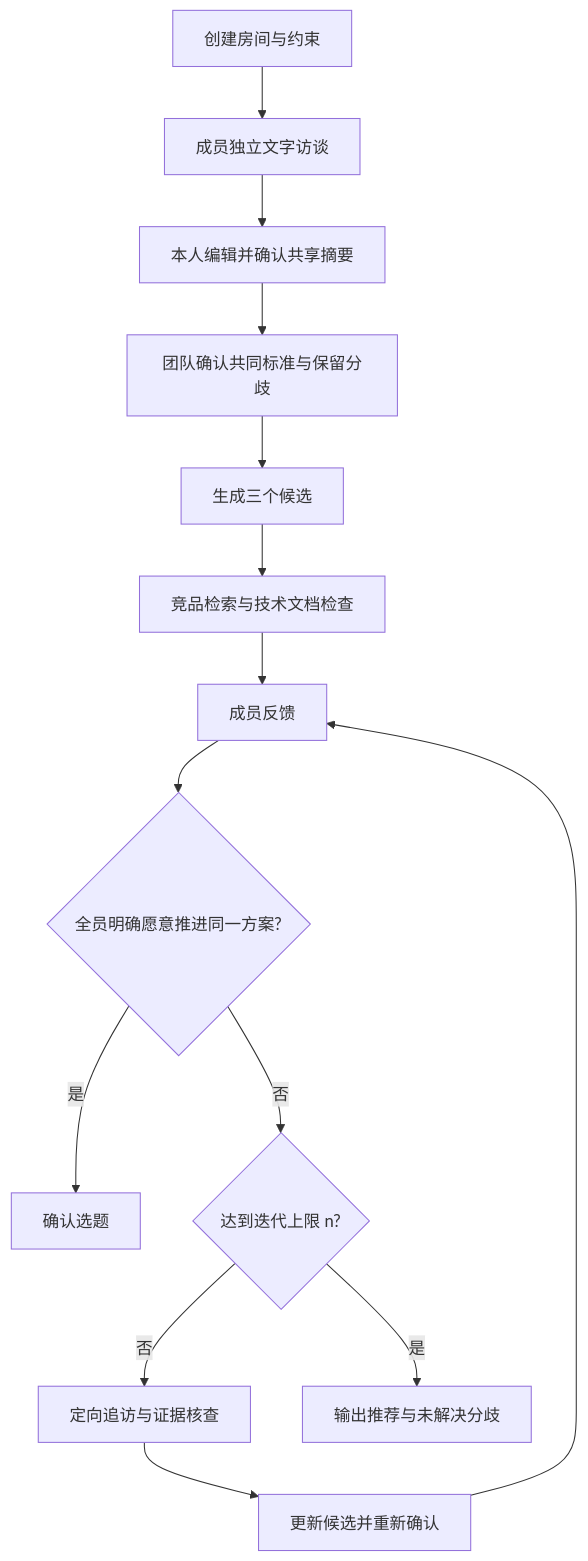
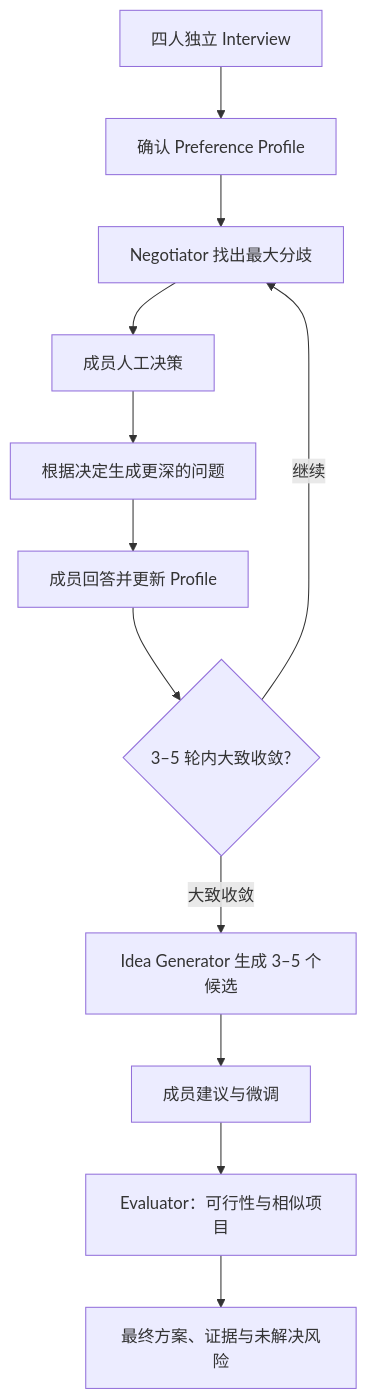
The diagram in README.md (sgtlyz/Considea), drawn with Mermaid before and after one commit. The commit also changed other lines of this file, not shown here.

````diff
--- a/README.md
+++ b/README.md
@@ -23,16 +15,14 @@
 ```mermaid
 flowchart TD
-    A[创建房间与约束] --> B[成员独立文字访谈]
-    B --> C[本人编辑并确认共享摘要]
-    C --> D[团队确认共同标准与保留分歧]
-    D --> E[生成三个候选]
-    E --> F[竞品检索与技术文档检查]
-    F --> G[成员反馈]
-    G --> H{全员明确愿意推进同一方案?}
-    H -->|是| I[确认选题]
-    H -->|否| J{达到迭代上限 n?}
-    J -->|否| K[定向追访与证据核查]
-    K --> L[更新候选并重新确认]
-    L --> G
-    J -->|是| M[输出推荐与未解决分歧]
+    A[四人独立 Interview] --> B[确认 Preference Profile]
+    B --> C[Negotiator 找出最大分歧]
+    C --> D[成员人工决策]
+    D --> E[根据决定生成更深的问题]
+    E --> F[成员回答并更新 Profile]
+    F --> G{3–5 轮内大致收敛?}
+    G -->|继续| C
+    G -->|大致收敛| H[Idea Generator 生成 3–5 个候选]
+    H --> I[成员建议与微调]
+    I --> J[Evaluator：可行性与相似项目]
+    J --> K[最终方案、证据与未解决风险]
 ```
````
